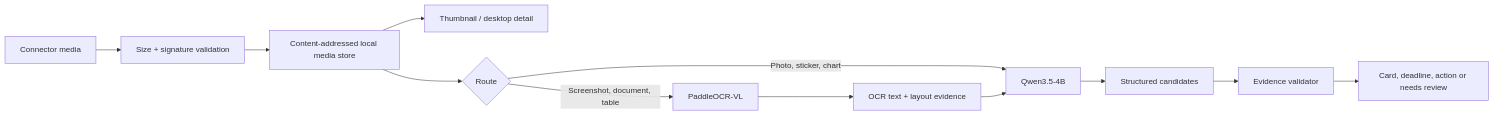
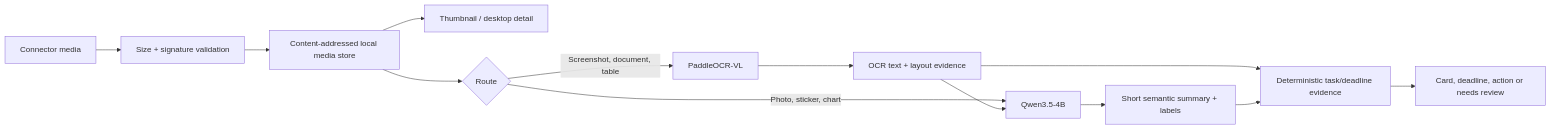
The diagram in MULTIMODAL_DESIGN.md (hanklin9188/Signal-Desk-Agent), drawn with Mermaid before and after one commit. The commit also changed other lines of this file and 41 other files, not shown here.

````diff
--- a/MULTIMODAL_DESIGN.md
+++ b/MULTIMODAL_DESIGN.md
@@ -58,14 +61,15 @@
 ```mermaid
 flowchart LR
     A[Connector media] --> B[Size + signature validation]
     B --> C[Content-addressed local media store]
     C --> D[Thumbnail / desktop detail]
     C --> E{Route}
     E -->|Screenshot, document, table| F[PaddleOCR-VL]
     E -->|Photo, sticker, chart| G[Qwen3.5-4B]
     F --> H[OCR text + layout evidence]
     H --> G
-    G --> I[Structured candidates]
-    I --> J[Evidence validator]
+    G --> I[Short semantic summary + labels]
+    H --> J[Deterministic task/deadline evidence]
+    I --> J
     J --> K[Card, deadline, action or needs review]
 ```
````
